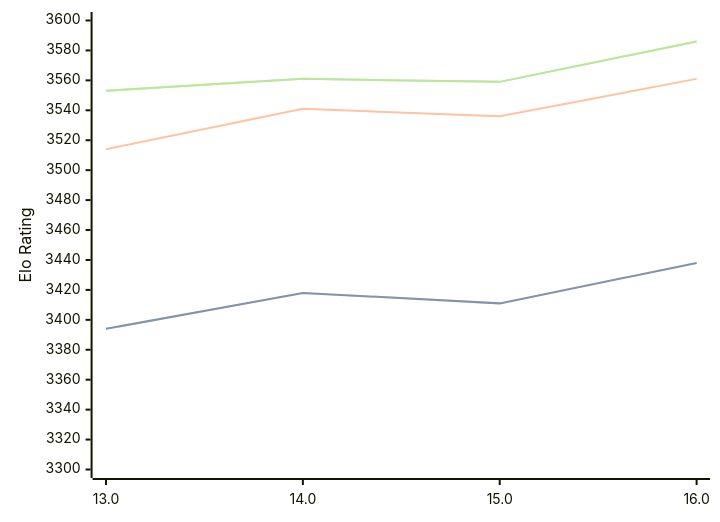
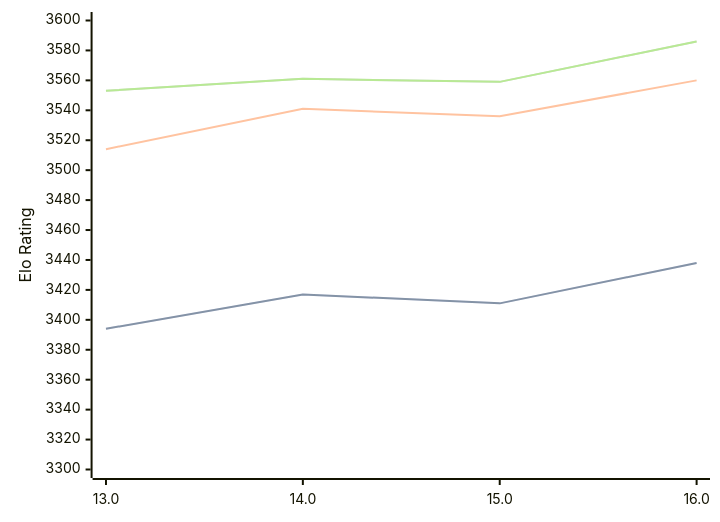
One commit to computer-chess-index/cci changed the diagram in engines/Obsidian.md. Above: the diagram before and after it, drawn with Mermaid. The commit also changed other lines of this file, not shown here.

````diff
--- a/engines/Obsidian.md
+++ b/engines/Obsidian.md
@@ -34,11 +34,11 @@
 ```mermaid
 %%{init: {"theme":"base","themeVariables":{"seriesColors:['#a3a3a3','#222221','#faa371']}}}%%
 xychart-beta
   x-axis ["13.0", "14.0", "15.0", "16.0"]
   y-axis "Elo Rating" 3300 --> 3600
-  line "" [3394, 3418, 3411, 3438]
-  line "STC (8.0+0.08s)" [3394, 3418, 3411, 3438]
-  line "LTC (60.0+0.60s)" [3514, 3541, 3536, 3561]
+  line "" [3394, 3417, 3411, 3438]
+  line "STC (8.0+0.08s)" [3394, 3417, 3411, 3438]
+  line "LTC (60.0+0.60s)" [3514, 3541, 3536, 3560]
   line "" [3553, 3561, 3559, 3586]
   line "VLTC (2m24s+1.12s)" [3553, 3561, 3559, 3586]
 ```
````
